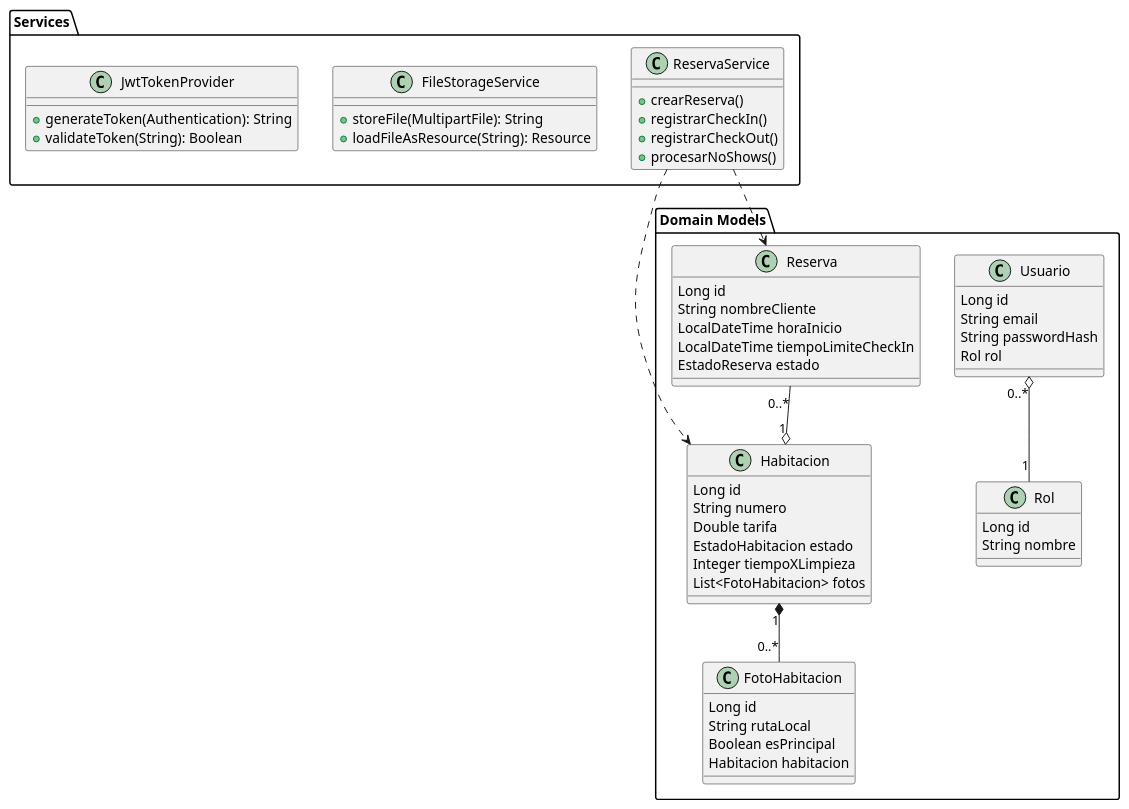
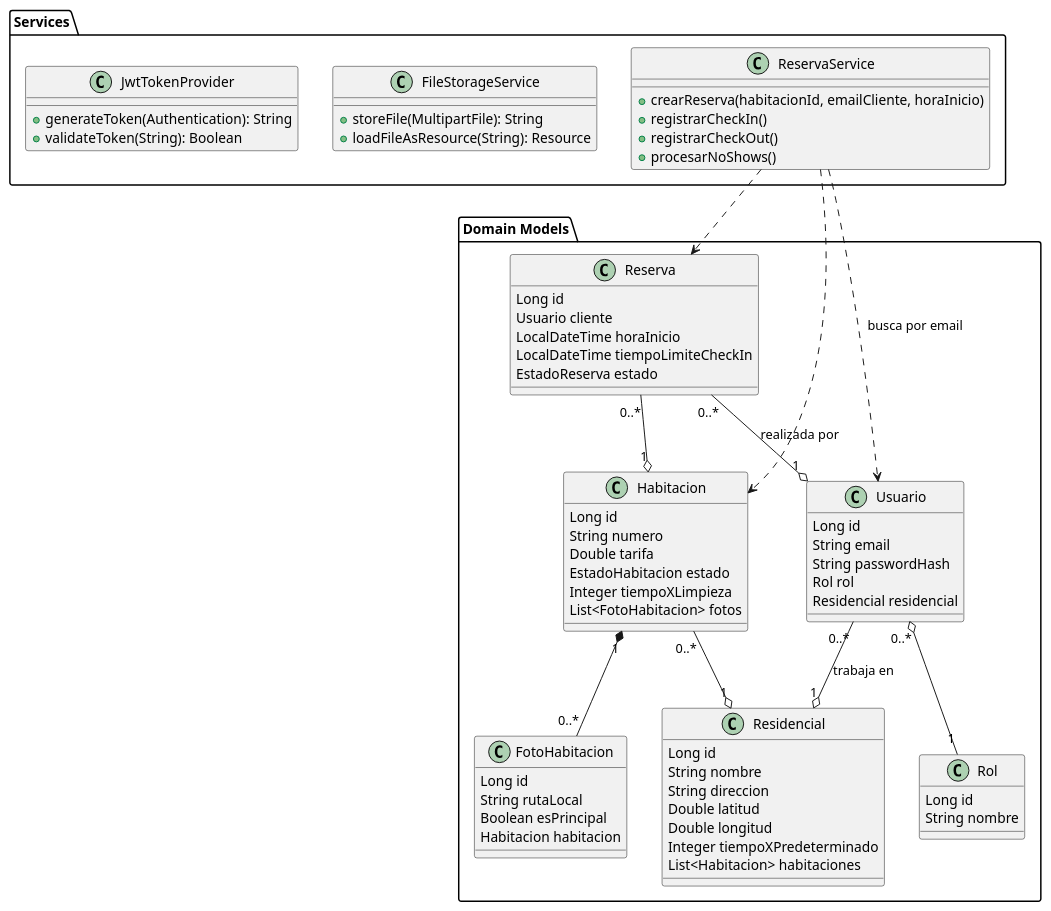
One commit to Tsmrain/ProyectoR1 changed the diagram in UML/class_diagram_v3.puml. Above: the diagram before and after it, drawn with PlantUML. The commit also changed 1 other file, not shown here.

Commit message:
docs: sincronizar UML con hotfix de integridad referencial

```diff
--- a/UML/class_diagram_v3.puml
+++ b/UML/class_diagram_v3.puml
@@ -1,58 +1,72 @@
 @startuml class_diagram_residencial
 package "Domain Models" {
     class Habitacion {
         Long id
         String numero
         Double tarifa
         EstadoHabitacion estado
         Integer tiempoXLimpieza
         List<FotoHabitacion> fotos
     }
     class FotoHabitacion {
         Long id
         String rutaLocal
         Boolean esPrincipal
         Habitacion habitacion
     }
     class Reserva {
         Long id
-        String nombreCliente
+        Usuario cliente
         LocalDateTime horaInicio
         LocalDateTime tiempoLimiteCheckIn
         EstadoReserva estado
     }
     class Usuario {
         Long id
         String email
         String passwordHash
         Rol rol
+        Residencial residencial
+    }
+    class Residencial {
+        Long id
+        String nombre
+        String direccion
+        Double latitud
+        Double longitud
+        Integer tiempoXPredeterminado
+        List<Habitacion> habitaciones
     }
     class Rol {
         Long id
         String nombre
     }
 }
 
 package "Services" {
     class ReservaService {
-        + crearReserva()
+        + crearReserva(habitacionId, emailCliente, horaInicio)
         + registrarCheckIn()
         + registrarCheckOut()
         + procesarNoShows()
     }
     class FileStorageService {
         + storeFile(MultipartFile): String
         + loadFileAsResource(String): Resource
     }
     class JwtTokenProvider {
         + generateToken(Authentication): String
         + validateToken(String): Boolean
     }
 }
 
 Habitacion "1" *-- "0..*" FotoHabitacion
 Usuario "0..*" o-- "1" Rol
+Usuario "0..*" --o "1" Residencial : trabaja en
 Reserva "0..*" --o "1" Habitacion
+Reserva "0..*" --o "1" Usuario : realizada por
+Habitacion "0..*" --o "1" Residencial
 ReservaService ..> Habitacion
 ReservaService ..> Reserva
+ReservaService ..> Usuario : busca por email
 @enduml
```
